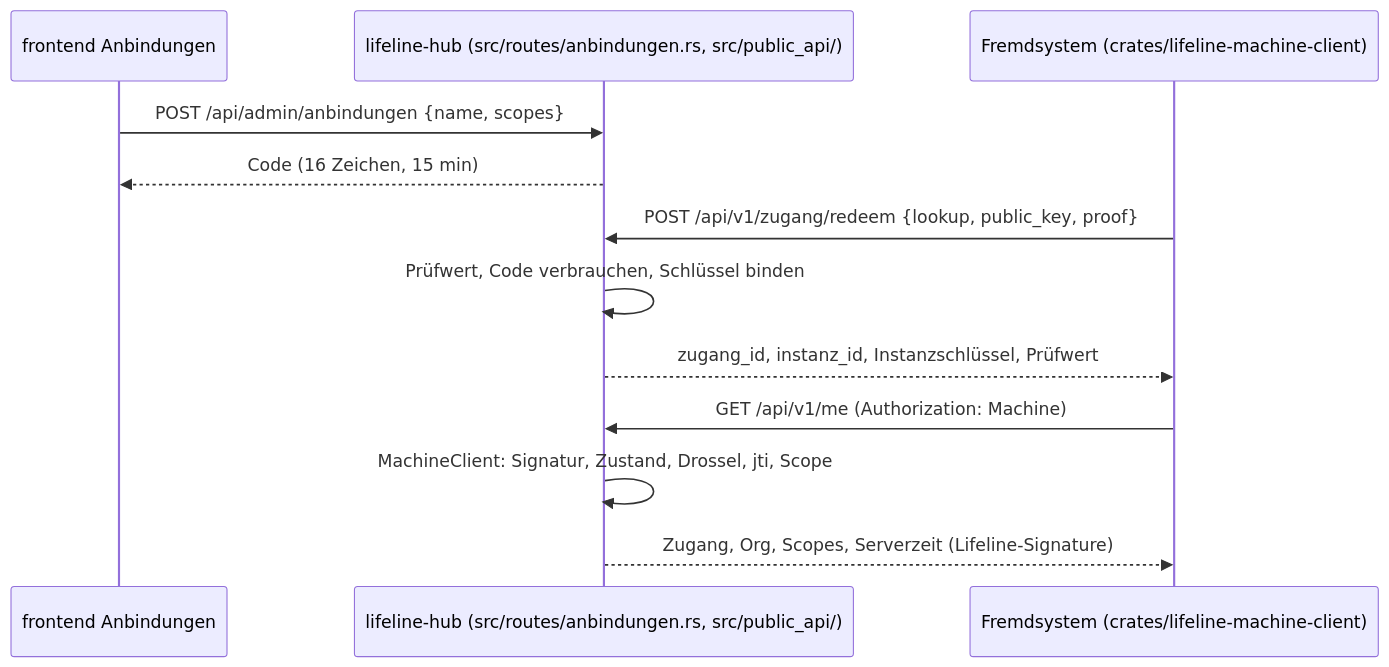
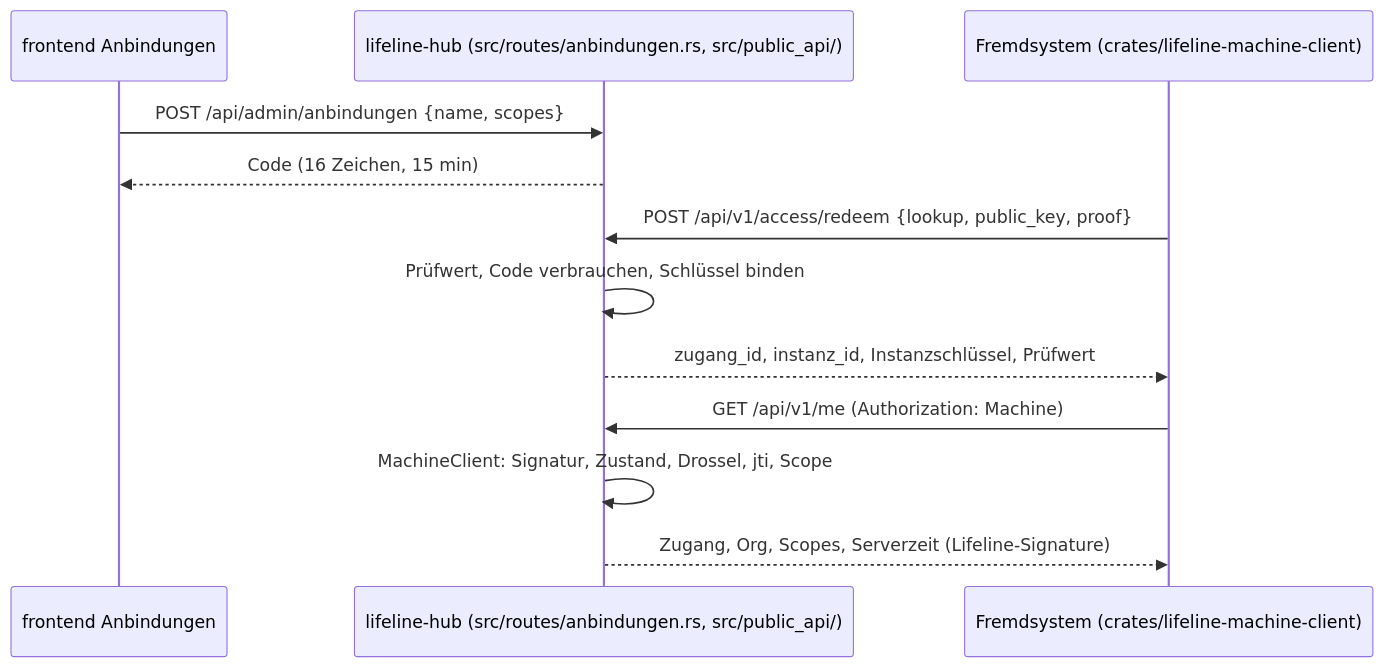
One commit to rubenvitt/lifeline-hub changed diagram 12 of 19 in docs/architektur/06-laufzeitsicht.md. Above: the diagram before and after it, drawn with Mermaid. The commit also changed other lines of this file and 61 other files, not shown here.

````diff
--- a/docs/architektur/06-laufzeitsicht.md
+++ b/docs/architektur/06-laufzeitsicht.md
@@ -526,14 +526,14 @@
 ```mermaid
 sequenceDiagram
   participant Admin as frontend Anbindungen
   participant Hub as lifeline-hub (src/routes/anbindungen.rs, src/public_api/)
   participant F as Fremdsystem (crates/lifeline-machine-client)
   Admin->>Hub: POST /api/admin/anbindungen {name, scopes}
   Hub-->>Admin: Code (16 Zeichen, 15 min)
-  F->>Hub: POST /api/v1/zugang/redeem {lookup, public_key, proof}
+  F->>Hub: POST /api/v1/access/redeem {lookup, public_key, proof}
   Hub->>Hub: Prüfwert, Code verbrauchen, Schlüssel binden
   Hub-->>F: zugang_id, instanz_id, Instanzschlüssel, Prüfwert
   F->>Hub: GET /api/v1/me (Authorization: Machine)
   Hub->>Hub: MachineClient: Signatur, Zustand, Drossel, jti, Scope
   Hub-->>F: Zugang, Org, Scopes, Serverzeit (Lifeline-Signature)
 ```
````
